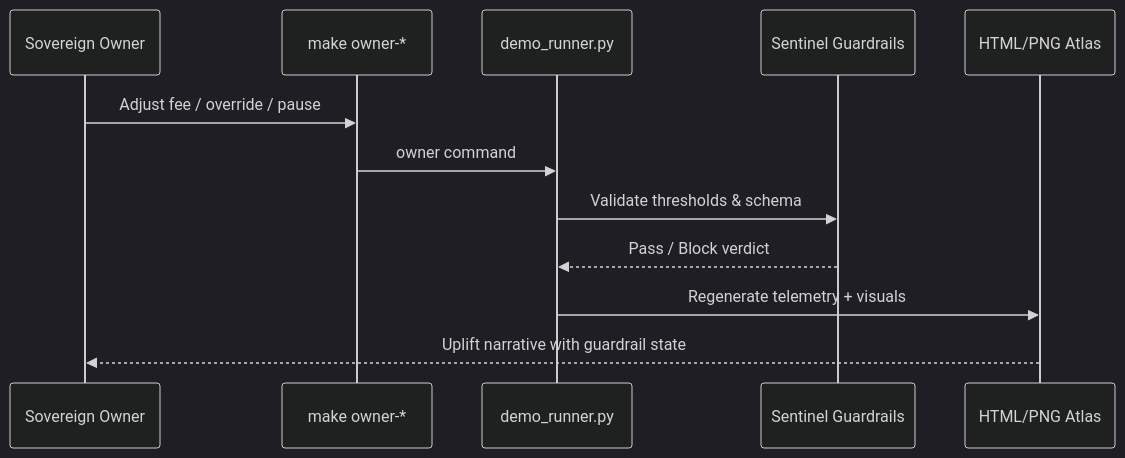
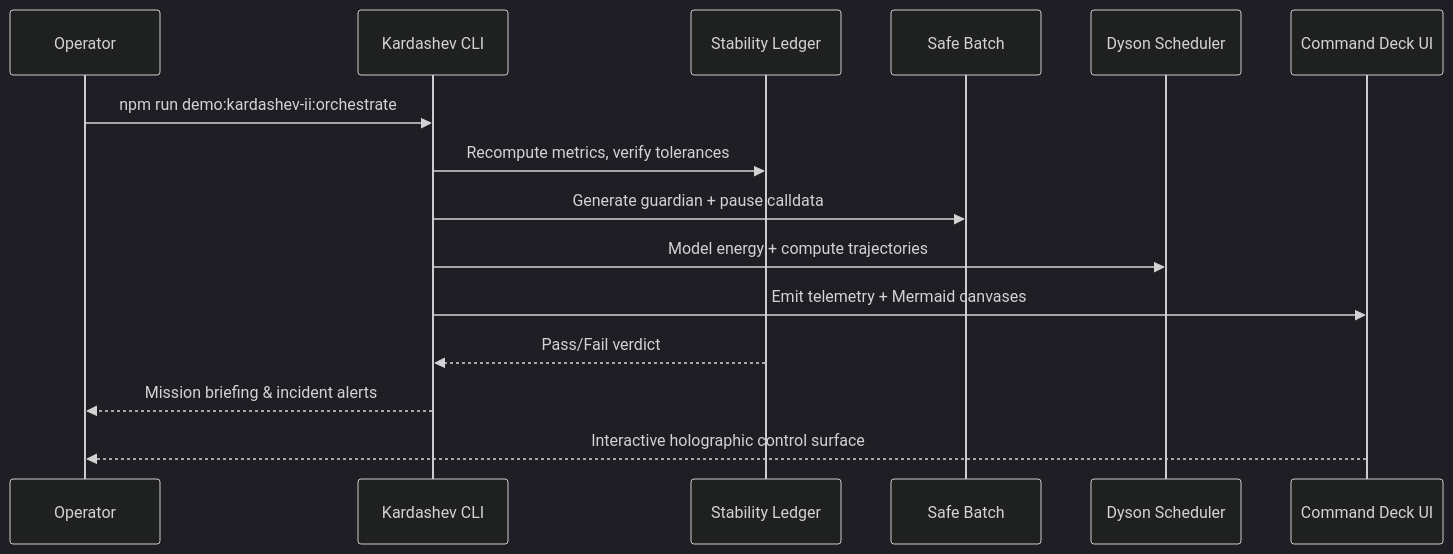
The second of 2 diagrams in docs/AGI-Operator-Quickstart.md (MontrealAI/AGIJobsv0), drawn with Mermaid (dark theme) before and after one commit. The commit also changed other lines of this file, not shown here.

Commit message:
Refresh AGI operator quickstart

````diff
--- a/docs/AGI-Operator-Quickstart.md
+++ b/docs/AGI-Operator-Quickstart.md
@@ -154,14 +137,17 @@
 ```mermaid
 sequenceDiagram
-    participant Owner as Sovereign Owner
-    participant Console as make owner-*
-    participant Orchestrator as demo_runner.py
-    participant Guards as Sentinel Guardrails
-    participant Dashboard as HTML/PNG Atlas
-    Owner->>Console: Adjust fee / override / pause
-    Console->>Orchestrator: owner command
-    Orchestrator->>Guards: Validate thresholds & schema
-    Guards-->>Orchestrator: Pass / Block verdict
-    Orchestrator->>Dashboard: Regenerate telemetry + visuals
-    Dashboard-->>Owner: Uplift narrative with guardrail state
+    participant Operator
+    participant CLI as Kardashev CLI
+    participant Ledger as Stability Ledger
+    participant Safe as Safe Batch
+    participant Dyson as Dyson Scheduler
+    participant UI as Command Deck UI
+    Operator->>CLI: npm run demo:kardashev-ii:orchestrate
+    CLI->>Ledger: Recompute metrics, verify tolerances
+    CLI->>Safe: Generate guardian + pause calldata
+    CLI->>Dyson: Model energy + compute trajectories
+    CLI->>UI: Emit telemetry + Mermaid canvases
+    Ledger-->>CLI: Pass/Fail verdict
+    CLI-->>Operator: Mission briefing & incident alerts
+    UI-->>Operator: Interactive holographic control surface
 ```
````
